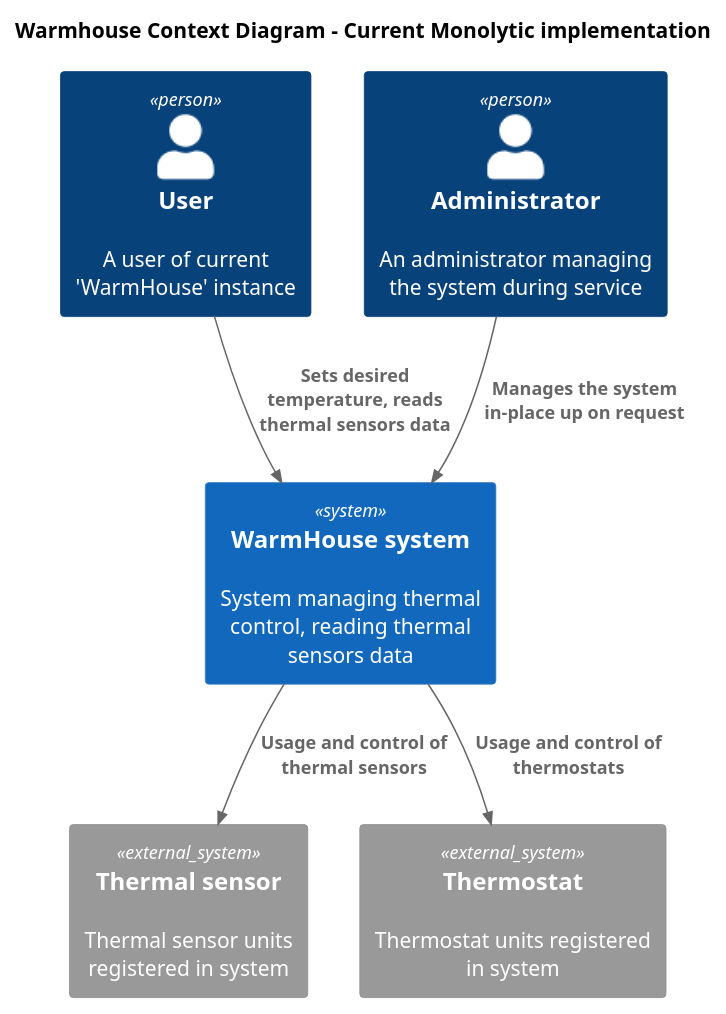
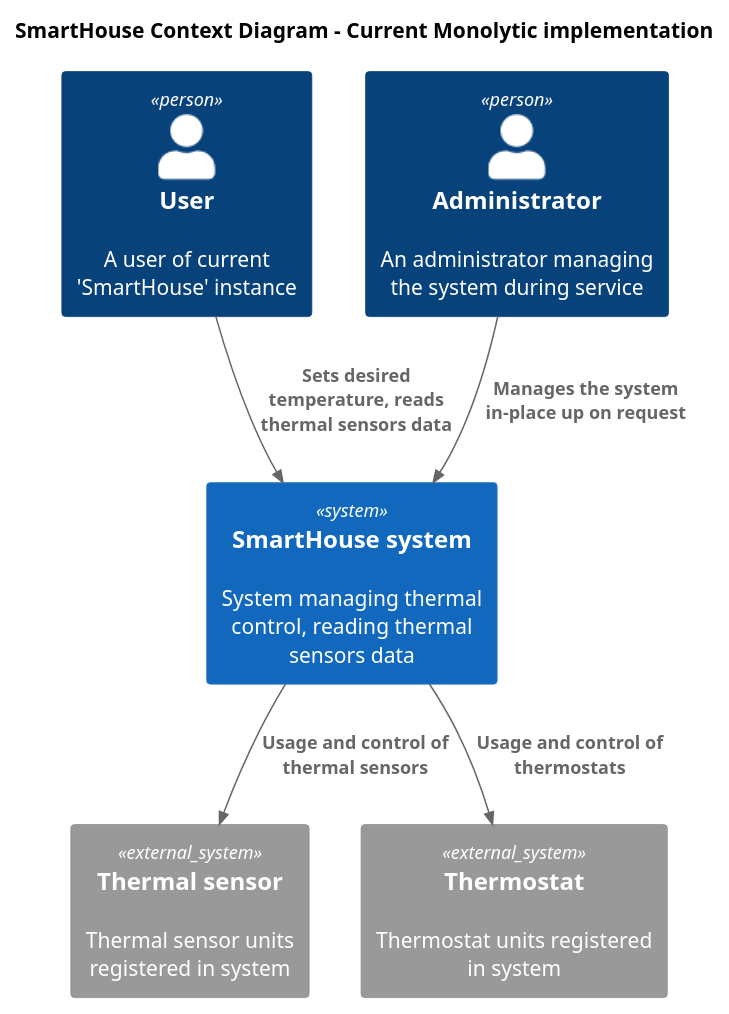
Before and after one commit to bormoley1983/architecture-warmhouse: the diagram in docs/architecture/current_state/c4_context.puml, drawn with PlantUML. The commit also changed 6 other files, not shown here.

Commit message:
container diagram updated distinguishing all the major services required by PRD as "service". removing monolitycal representation

```diff
--- a/docs/architecture/current_state/c4_context.puml
+++ b/docs/architecture/current_state/c4_context.puml
@@ -1,20 +1,20 @@
 @startuml
 
-title Warmhouse Context Diagram - Current Monolytic implementation
+title SmartHouse Context Diagram - Current Monolytic implementation
 
 top to bottom direction
 
 !includeurl https://raw.githubusercontent.com/plantuml-stdlib/C4-PlantUML/master/C4_Component.puml
 
-Person(user, "User", "A user of current 'WarmHouse' instance")
+Person(user, "User", "A user of current 'SmartHouse' instance")
 Person(admin, "Administrator", "An administrator managing the system during service")
-System(WarmHouse, "WarmHouse system", "System managing thermal control, reading thermal sensors data")
+System(SmartHouse, "SmartHouse system", "System managing thermal control, reading thermal sensors data")
 
 System_Ext(thermalSensor, "Thermal sensor", "Thermal sensor units registered in system")
 System_Ext(thermostat, "Thermostat", "Thermostat units registered in system")
 
-Rel(user, WarmHouse, "Sets desired temperature, reads thermal sensors data")
-Rel(admin, WarmHouse, "Manages the system in-place up on request")
-Rel(WarmHouse, thermalSensor, "Usage and control of thermal sensors")
-Rel(WarmHouse, thermostat, "Usage and control of thermostats")
+Rel(user, SmartHouse, "Sets desired temperature, reads thermal sensors data")
+Rel(admin, SmartHouse, "Manages the system in-place up on request")
+Rel(SmartHouse, thermalSensor, "Usage and control of thermal sensors")
+Rel(SmartHouse, thermostat, "Usage and control of thermostats")
 @enduml
```
